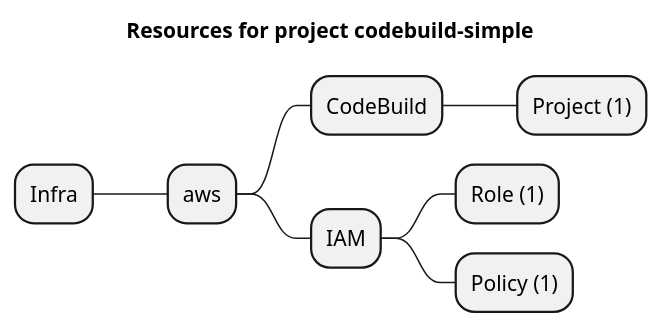
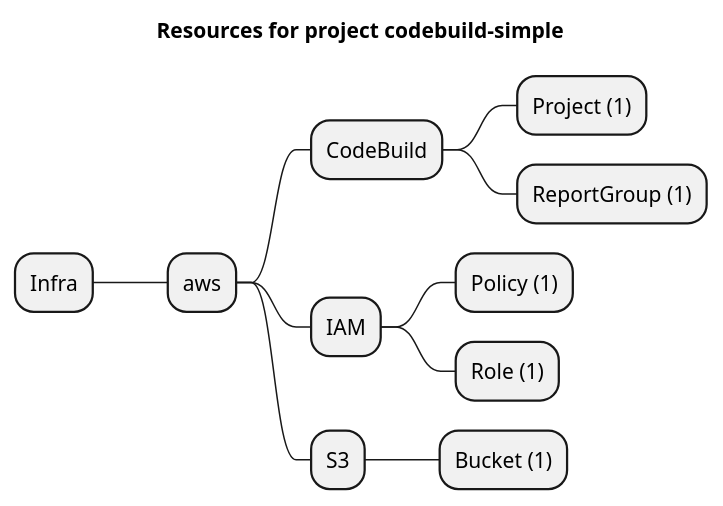
Before and after one commit to grucloud/grucloud: the diagram in examples/aws/CodeBuild/codebuild-simple/artifacts/resources-mindmap.puml, drawn with PlantUML. The commit also changed 9 other files, not shown here.

Commit message:
CodeBuildReportGroup

```diff
--- a/examples/aws/CodeBuild/codebuild-simple/artifacts/resources-mindmap.puml
+++ b/examples/aws/CodeBuild/codebuild-simple/artifacts/resources-mindmap.puml
@@ -1,11 +1,14 @@
 @startmindmap
 title Resources for project codebuild-simple
 skinparam monochrome true
 + Infra
 ++ aws
 +++ CodeBuild
 ++++ Project (1)
+++++ ReportGroup (1)
 +++ IAM
+++++ Policy (1)
 ++++ Role (1)
-++++ Policy (1)
++++ S3
+++++ Bucket (1)
 @endmindmap
```
